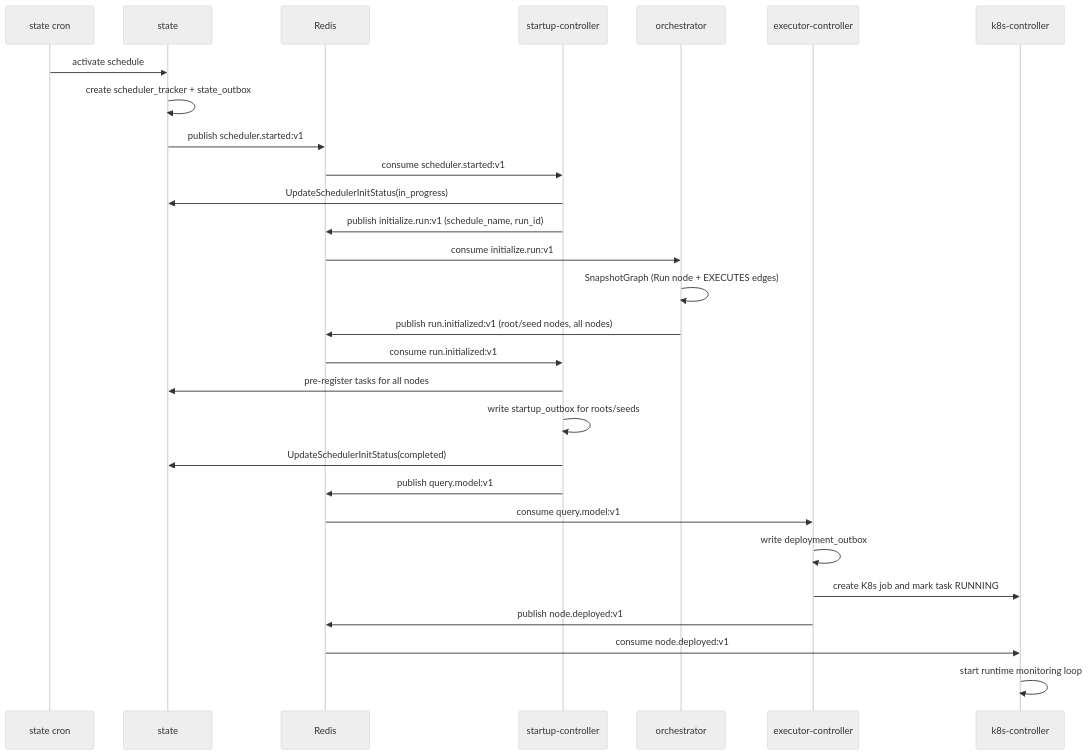
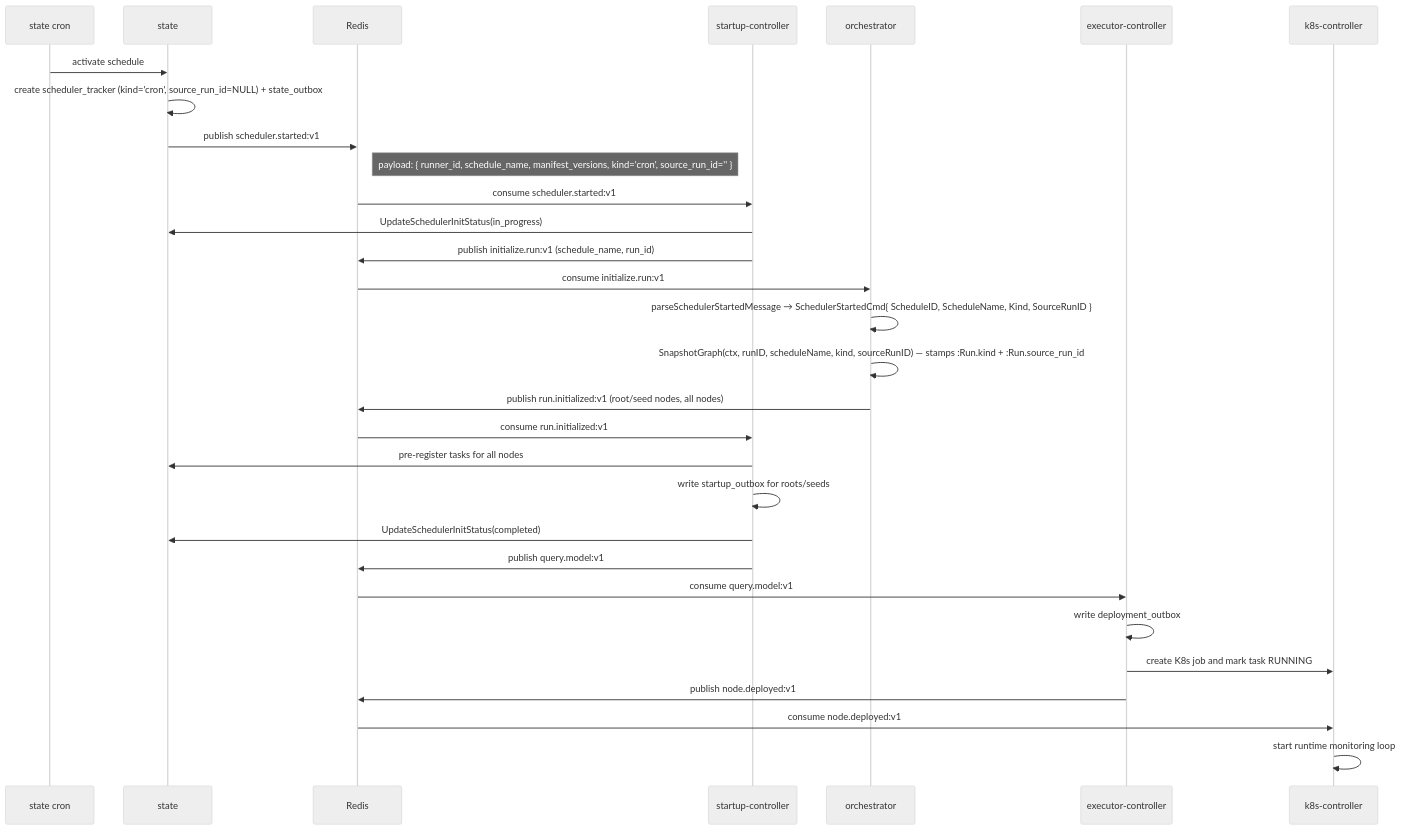
The first of 8 diagrams in docs/arch/03-sequence-flows.md (carolsimone/continuo), drawn with Mermaid (neutral theme) before and after one commit. The commit also changed other lines of this file and 2 other files, not shown here.

Commit message:
docs(arch): document PR0 run kind + per-task image_tag
Adds kind / source_run_id columns and the kind enum to state docs;
adds :Run.kind / :Run.source_run_id properties and the new
SnapshotGraph signature to orchestrator docs; extends the
schedule-activation sequence flow with the new payload fields.

````diff
--- a/docs/arch/03-sequence-flows.md
+++ b/docs/arch/03-sequence-flows.md
@@ -5,31 +5,33 @@
 ```mermaid
 sequenceDiagram
   participant Cron as state cron
   participant ST as state
   participant R as Redis
   participant SC as startup-controller
   participant OR as orchestrator
   participant EC as executor-controller
   participant KC as k8s-controller
 
   Cron->>ST: activate schedule
-  ST->>ST: create scheduler_tracker + state_outbox
+  ST->>ST: create scheduler_tracker (kind='cron', source_run_id=NULL) + state_outbox
   ST->>R: publish scheduler.started:v1
+  note right of R: payload: { runner_id, schedule_name, manifest_versions, kind='cron', source_run_id='' }
   R->>SC: consume scheduler.started:v1
   SC->>ST: UpdateSchedulerInitStatus(in_progress)
   SC->>R: publish initialize.run:v1 (schedule_name, run_id)
   R->>OR: consume initialize.run:v1
-  OR->>OR: SnapshotGraph (Run node + EXECUTES edges)
+  OR->>OR: parseSchedulerStartedMessage → SchedulerStartedCmd{ ScheduleID, ScheduleName, Kind, SourceRunID }
+  OR->>OR: SnapshotGraph(ctx, runID, scheduleName, kind, sourceRunID) — stamps :Run.kind + :Run.source_run_id
   OR->>R: publish run.initialized:v1 (root/seed nodes, all nodes)
   R->>SC: consume run.initialized:v1
   SC->>ST: pre-register tasks for all nodes
   SC->>SC: write startup_outbox for roots/seeds
   SC->>ST: UpdateSchedulerInitStatus(completed)
   SC->>R: publish query.model:v1
   R->>EC: consume query.model:v1
   EC->>EC: write deployment_outbox
   EC->>KC: create K8s job and mark task RUNNING
   EC->>R: publish node.deployed:v1
   R->>KC: consume node.deployed:v1
   KC->>KC: start runtime monitoring loop
 ```
````
